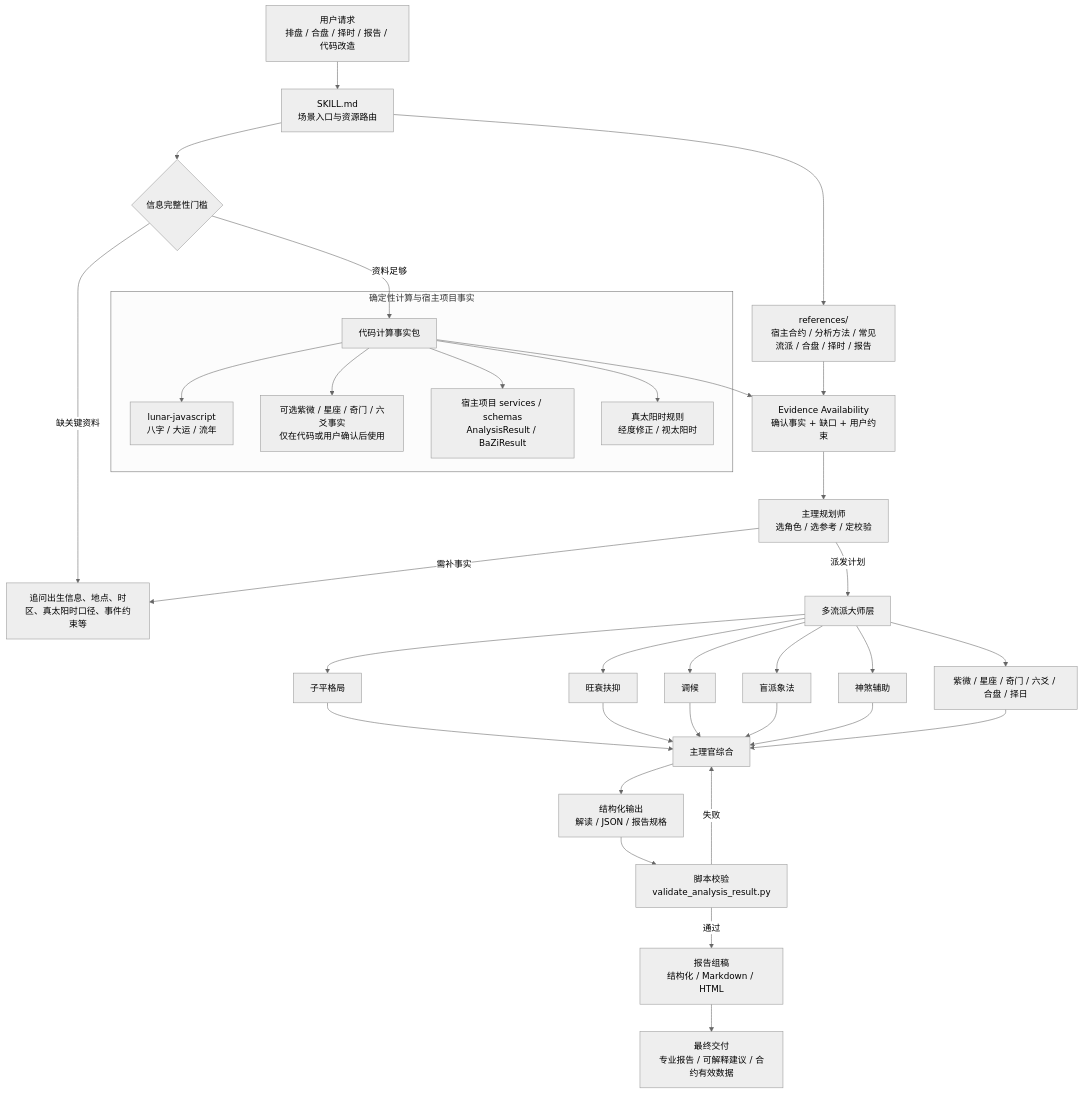
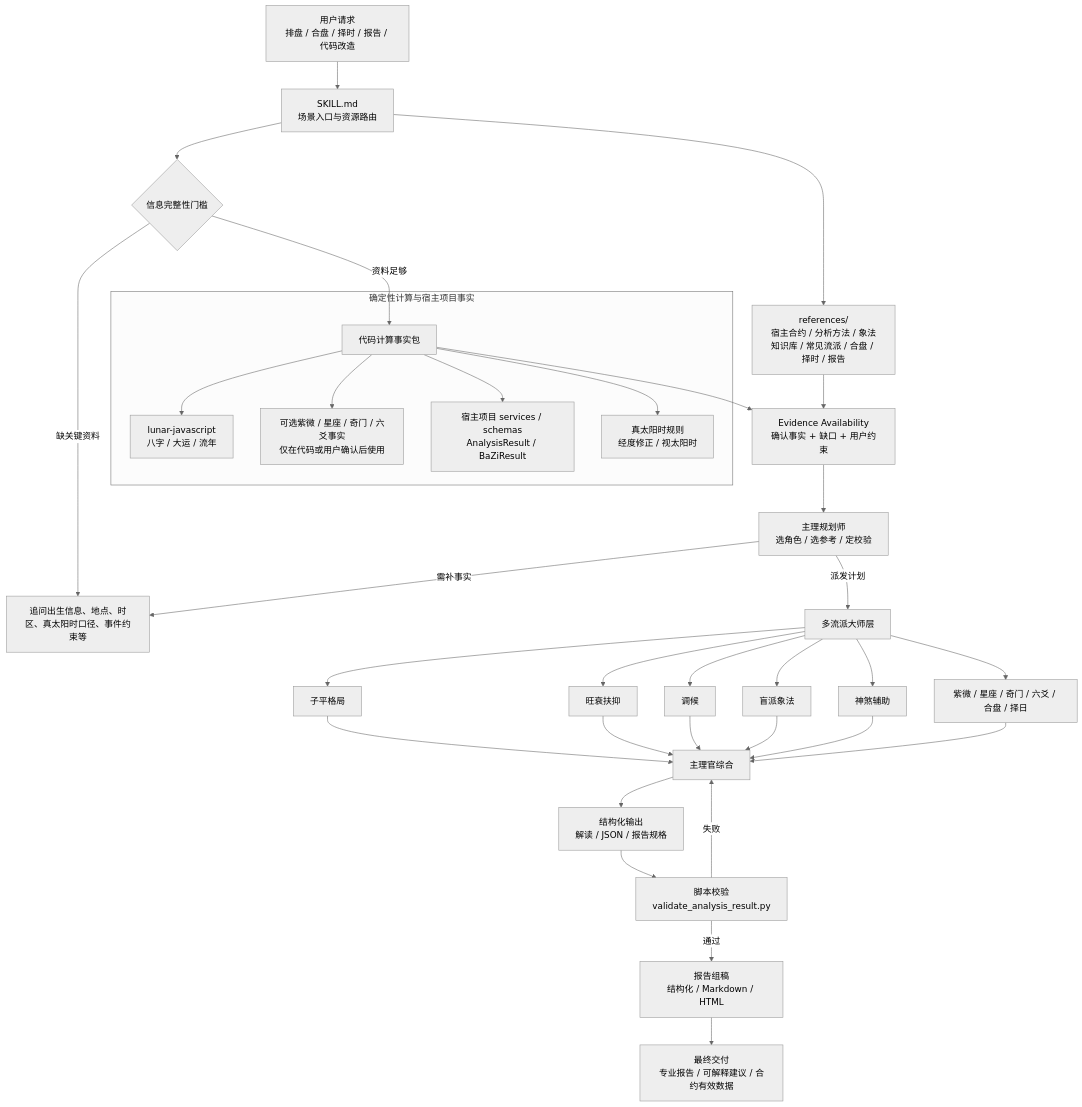
Before and after one commit to xuemian168/bazi-skill: the diagram in README.md, drawn with Mermaid (neutral theme). The commit also changed other lines of this file and 12 other files, not shown here.

````diff
--- a/README.md
+++ b/README.md
@@ -84,41 +84,41 @@
 ```mermaid
 flowchart TD
     A["用户请求<br/>排盘 / 合盘 / 择时 / 报告 / 代码改造"] --> B["SKILL.md<br/>场景入口与资源路由"]
     B --> C{"信息完整性门槛"}
     C -->|缺关键资料| C1["追问出生信息、地点、时区、真太阳时口径、事件约束等"]
     C -->|资料足够| D["代码计算事实包"]
 
     subgraph S1["确定性计算与宿主项目事实"]
         D --> D1["lunar-javascript<br/>八字 / 大运 / 流年"]
         D --> D2["可选紫微 / 星座 / 奇门 / 六爻事实<br/>仅在代码或用户确认后使用"]
         D --> D3["宿主项目 services / schemas<br/>AnalysisResult / BaZiResult"]
         D --> D4["真太阳时规则<br/>经度修正 / 视太阳时"]
     end
 
     D --> E["Evidence Availability<br/>确认事实 + 缺口 + 用户约束"]
-    B --> R["references/<br/>宿主合约 / 分析方法 / 常见流派 / 合盘 / 择时 / 报告"]
+    B --> R["references/<br/>宿主合约 / 分析方法 / 象法知识库 / 常见流派 / 合盘 / 择时 / 报告"]
     R --> E
 
     E --> P["主理规划师<br/>选角色 / 选参考 / 定校验"]
     P -->|需补事实| C1
     P -->|派发计划| F["多流派大师层"]
     F --> F1["子平格局"]
     F --> F2["旺衰扶抑"]
     F --> F3["调候"]
     F --> F4["盲派象法"]
     F --> F5["神煞辅助"]
     F --> F6["紫微 / 星座 / 奇门 / 六爻 / 合盘 / 择日"]
 
     F1 --> G["主理官综合"]
     F2 --> G
     F3 --> G
     F4 --> G
     F5 --> G
     F6 --> G
 
     G --> H["结构化输出<br/>解读 / JSON / 报告规格"]
     H --> I["脚本校验<br/>validate_analysis_result.py"]
     I -->|通过| J["报告组稿<br/>结构化 / Markdown / HTML"]
     I -->|失败| G
     J --> K["最终交付<br/>专业报告 / 可解释建议 / 合约有效数据"]
 ```
````
